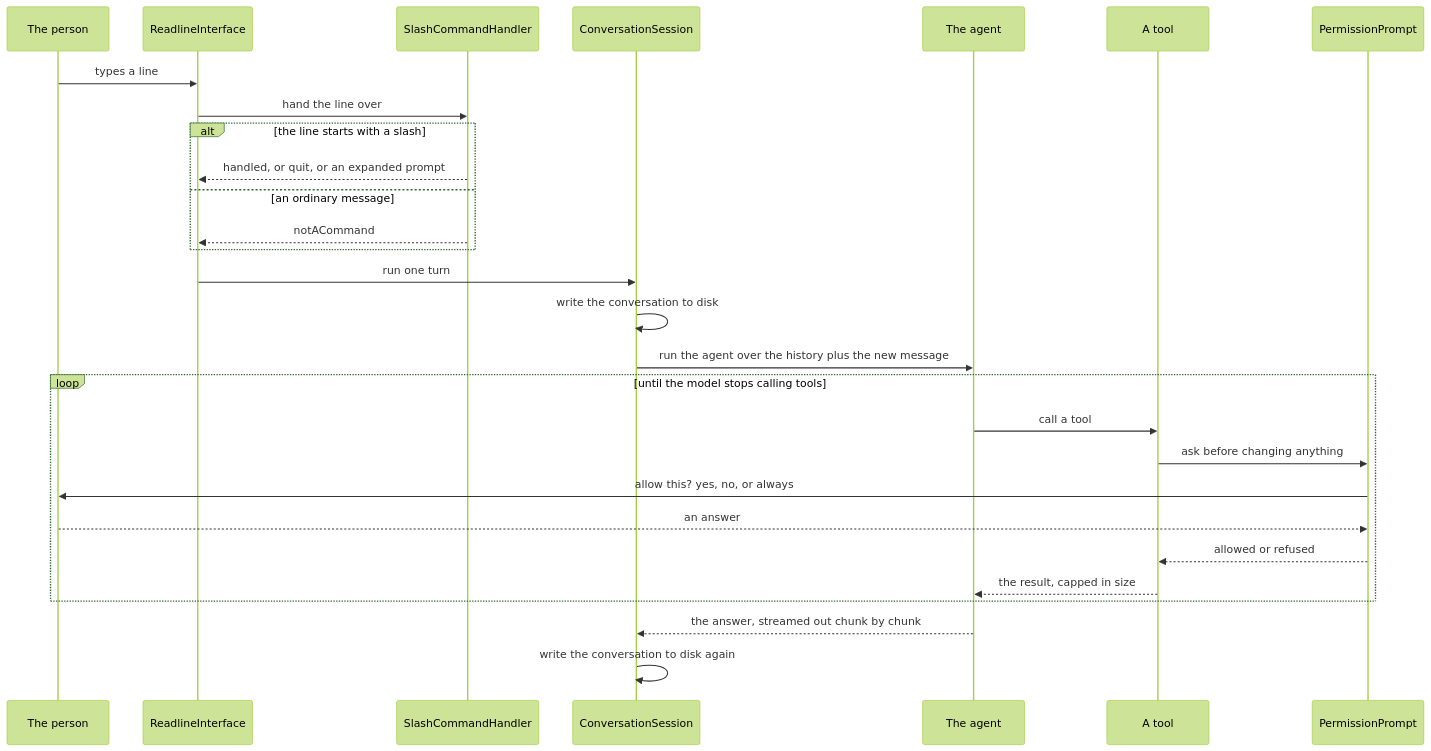
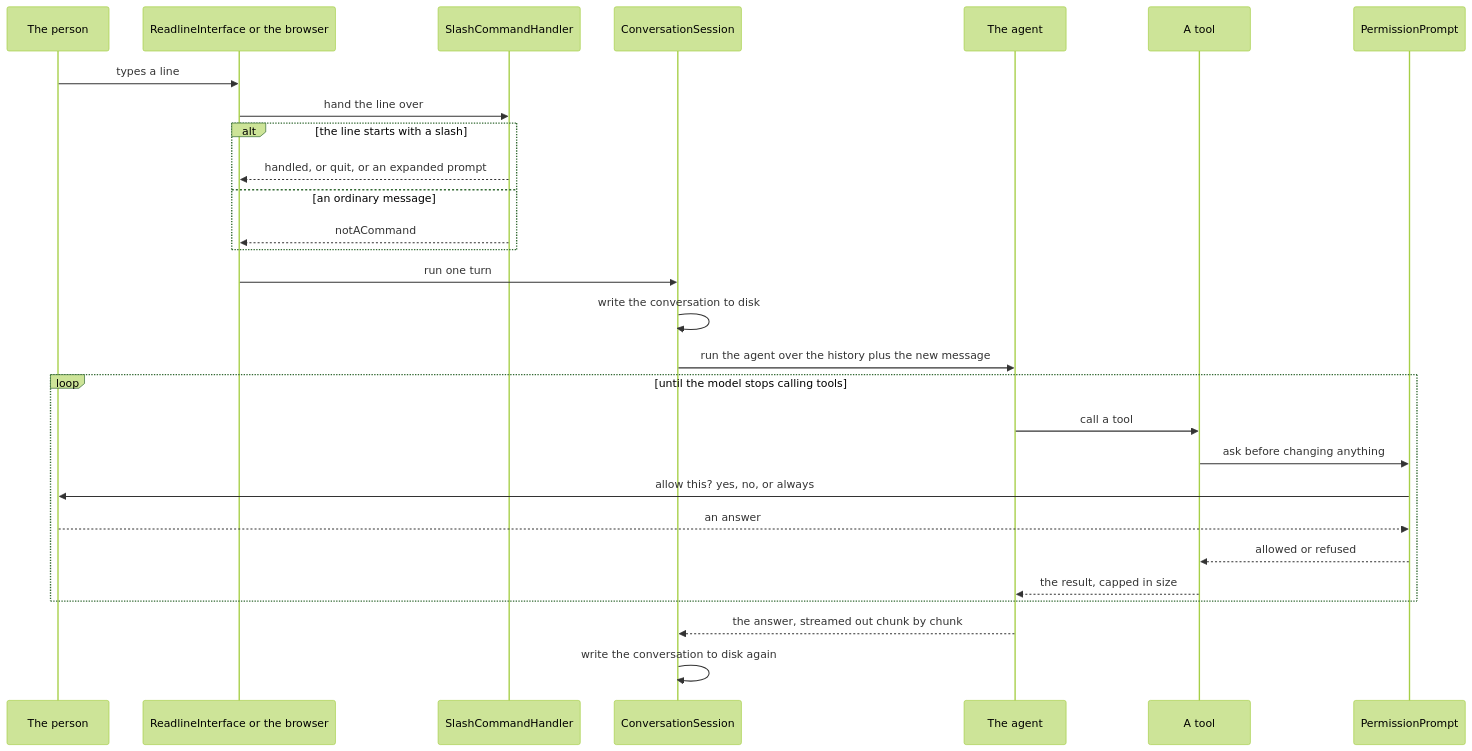
One commit to jeromeetienne/paullette changed the second of 2 diagrams in docs/architecture.md. Above: the diagram before and after it, drawn with Mermaid (forest theme). The commit also changed other lines of this file and 8 other files, not shown here.

````diff
--- a/docs/architecture.md
+++ b/docs/architecture.md
@@ -141,31 +154,31 @@
 ```mermaid
 sequenceDiagram
 	participant U as The person
-	participant R as ReadlineInterface
+	participant R as ReadlineInterface or the browser
 	participant S as SlashCommandHandler
 	participant C as ConversationSession
 	participant A as The agent
 	participant T as A tool
 	participant P as PermissionPrompt
 
 	U->>R: types a line
 	R->>S: hand the line over
 	alt the line starts with a slash
 		S-->>R: handled, or quit, or an expanded prompt
 	else an ordinary message
 		S-->>R: notACommand
 	end
 	R->>C: run one turn
 	C->>C: write the conversation to disk
 	C->>A: run the agent over the history plus the new message
 	loop until the model stops calling tools
 		A->>T: call a tool
 		T->>P: ask before changing anything
 		P->>U: allow this? yes, no, or always
 		U-->>P: an answer
 		P-->>T: allowed or refused
 		T-->>A: the result, capped in size
 	end
 	A-->>C: the answer, streamed out chunk by chunk
 	C->>C: write the conversation to disk again
 ```
````
